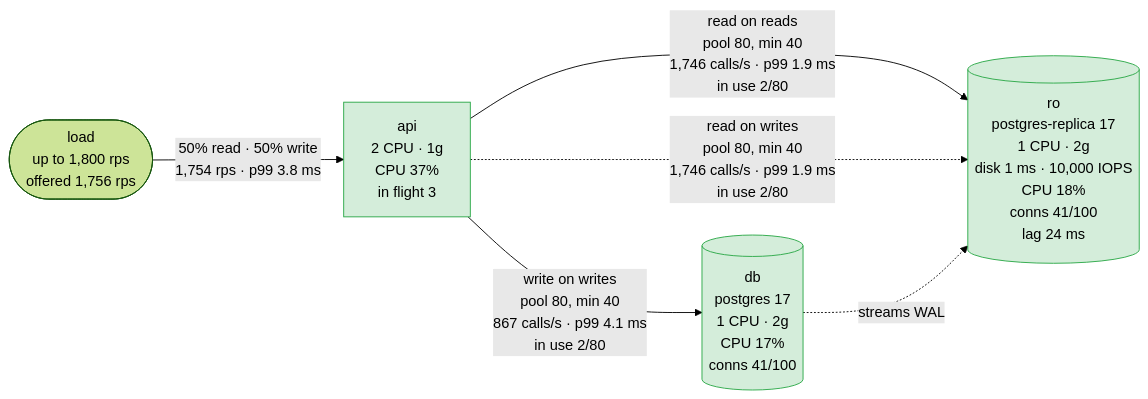
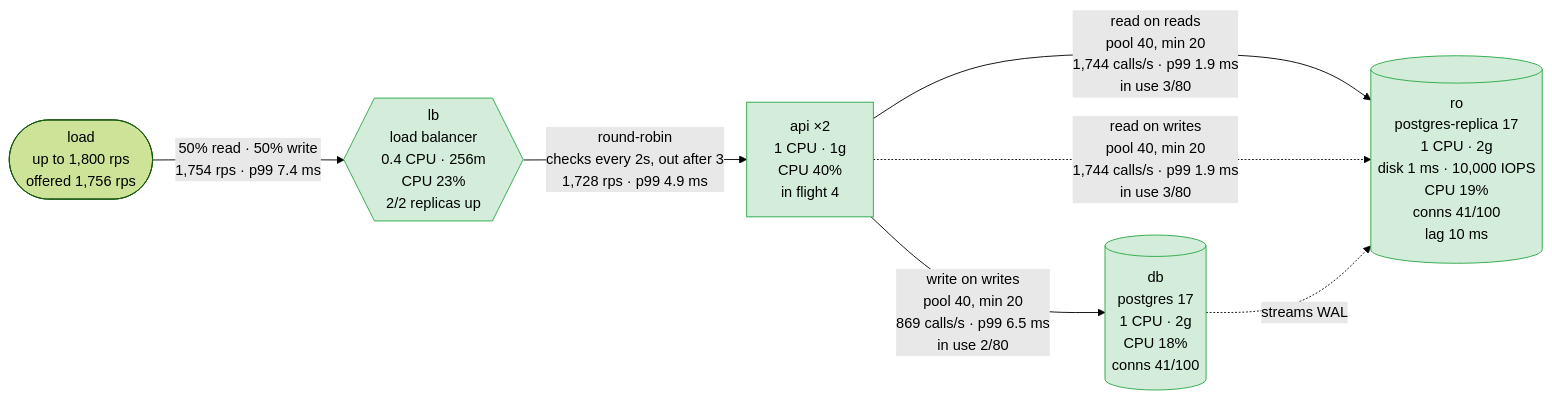
The first of 5 diagrams in scenarios/stale-orders/solutions/bigger-replica/report.md (akinfemi/load-lore), drawn with Mermaid (forest theme) before and after one commit. The commit also changed other lines of this file and 49 other files, not shown here.

````diff
--- a/scenarios/stale-orders/solutions/bigger-replica/report.md
+++ b/scenarios/stale-orders/solutions/bigger-replica/report.md
@@ -15,16 +15,18 @@
 ```mermaid
 flowchart LR
     load(["load<br/>up to 1,800 rps<br/>offered 1,756 rps"])
-    api["api<br/>2 CPU · 1g<br/>CPU 37%<br/>in flight 3"]
-    ro[("ro<br/>postgres-replica 17<br/>1 CPU · 2g<br/>disk 1 ms · 10,000 IOPS<br/>CPU 18%<br/>conns 41/100<br/>lag 24 ms")]
-    db[("db<br/>postgres 17<br/>1 CPU · 2g<br/>CPU 17%<br/>conns 41/100")]
-    load -->|"50% read · 50% write<br/>1,754 rps · p99 3.8 ms"| api
-    api -->|"read on reads<br/>pool 80, min 40<br/>1,746 calls/s · p99 1.9 ms<br/>in use 2/80"| ro
-    api -->|"write on writes<br/>pool 80, min 40<br/>867 calls/s · p99 4.1 ms<br/>in use 2/80"| db
-    api -.->|"read on writes<br/>pool 80, min 40<br/>1,746 calls/s · p99 1.9 ms<br/>in use 2/80"| ro
+    lb{{"lb<br/>load balancer<br/>0.4 CPU · 256m<br/>CPU 23%<br/>2/2 replicas up"}}
+    api["api ×2<br/>1 CPU · 1g<br/>CPU 40%<br/>in flight 4"]
+    ro[("ro<br/>postgres-replica 17<br/>1 CPU · 2g<br/>disk 1 ms · 10,000 IOPS<br/>CPU 19%<br/>conns 41/100<br/>lag 10 ms")]
+    db[("db<br/>postgres 17<br/>1 CPU · 2g<br/>CPU 18%<br/>conns 41/100")]
+    load -->|"50% read · 50% write<br/>1,754 rps · p99 7.4 ms"| lb
+    lb -->|"round-robin<br/>checks every 2s, out after 3<br/>1,728 rps · p99 4.9 ms"| api
+    api -->|"read on reads<br/>pool 40, min 20<br/>1,744 calls/s · p99 1.9 ms<br/>in use 3/80"| ro
+    api -->|"write on writes<br/>pool 40, min 20<br/>869 calls/s · p99 6.5 ms<br/>in use 2/80"| db
+    api -.->|"read on writes<br/>pool 40, min 20<br/>1,744 calls/s · p99 1.9 ms<br/>in use 3/80"| ro
     db -.->|"streams WAL"| ro
     classDef ok fill:#d4edda,stroke:#28a745,color:#000
     classDef warm fill:#fff3cd,stroke:#d39e00,color:#000
     classDef hot fill:#f8d7da,stroke:#dc3545,color:#000
-    class api,ro,db ok
+    class lb,api,ro,db ok
 ```
````
